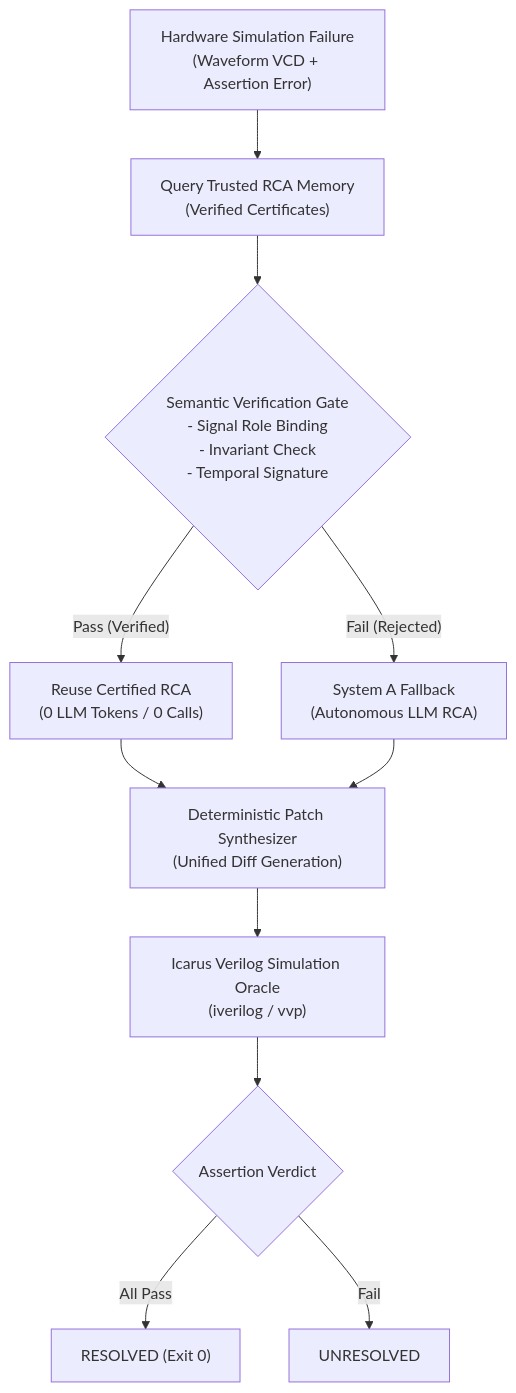
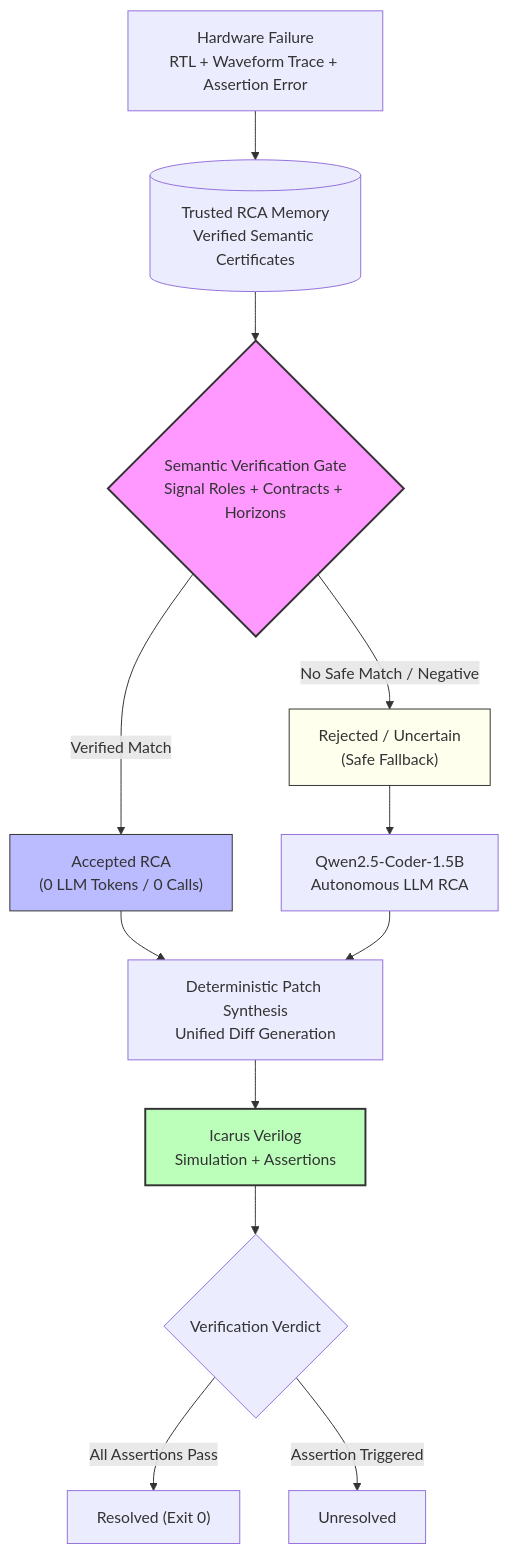
One commit to VaradaGovind/hardware-debug-failure-learning changed the diagram in README.md. Above: the diagram before and after it, drawn with Mermaid. The commit also changed other lines of this file and 2 other files, not shown here.

````diff
--- a/README.md
+++ b/README.md
@@ -32,16 +38,29 @@
 ```mermaid
-flowchart TD
-    FAIL["Hardware Simulation Failure\n(Waveform VCD + Assertion Error)"] --> QUERY["Query Trusted RCA Memory\n(Verified Certificates)"]
-    QUERY --> GATE{"Semantic Verification Gate\n- Signal Role Binding\n- Invariant Check\n- Temporal Signature"}
-    
-    GATE -- "Pass (Verified)" --> REUSE["Reuse Certified RCA\n(0 LLM Tokens / 0 Calls)"]
-    GATE -- "Fail (Rejected)" --> FALLBACK["System A Fallback\n(Autonomous LLM RCA)"]
-    
-    REUSE --> SYNTH["Deterministic Patch Synthesizer\n(Unified Diff Generation)"]
-    FALLBACK --> SYNTH
-    
-    SYNTH --> SIM["Icarus Verilog Simulation Oracle\n(iverilog / vvp)"]
-    SIM --> OUT{"Assertion Verdict"}
-    OUT -- "All Pass" --> PASS["RESOLVED (Exit 0)"]
-    OUT -- "Fail" --> UNRES["UNRESOLVED"]
+graph TD
+    BUG["Hardware Failure<br/>RTL + Waveform Trace + Assertion Error"]
+    MEM[("Trusted RCA Memory<br/>Verified Semantic Certificates")]
+    VER{"Semantic Verification Gate<br/>Signal Roles + Contracts + Horizons"}
+    ACCEPT["Accepted RCA<br/>(0 LLM Tokens / 0 Calls)"]
+    REJECT["Rejected / Uncertain<br/>(Safe Fallback)"]
+    LLM["Qwen2.5-Coder-1.5B<br/>Autonomous LLM RCA"]
+    PATCH["Deterministic Patch Synthesis<br/>Unified Diff Generation"]
+    SIM["Icarus Verilog<br/>Simulation + Assertions"]
+    OUT{"Verification Verdict"}
+
+    BUG --> MEM
+    MEM --> VER
+    VER -->|Verified Match| ACCEPT
+    VER -->|No Safe Match / Negative| REJECT
+    ACCEPT --> PATCH
+    REJECT --> LLM
+    LLM --> PATCH
+    PATCH --> SIM
+    SIM --> OUT
+    OUT -->|All Assertions Pass| PASS["Resolved (Exit 0)"]
+    OUT -->|Assertion Triggered| FAIL["Unresolved"]
+
+    style VER fill:#f9f,stroke:#333,stroke-width:2px
+    style ACCEPT fill:#bbf,stroke:#333,stroke-width:1px
+    style REJECT fill:#ffe,stroke:#333,stroke-width:1px
+    style SIM fill:#bfb,stroke:#333,stroke-width:2px
 ```
````
